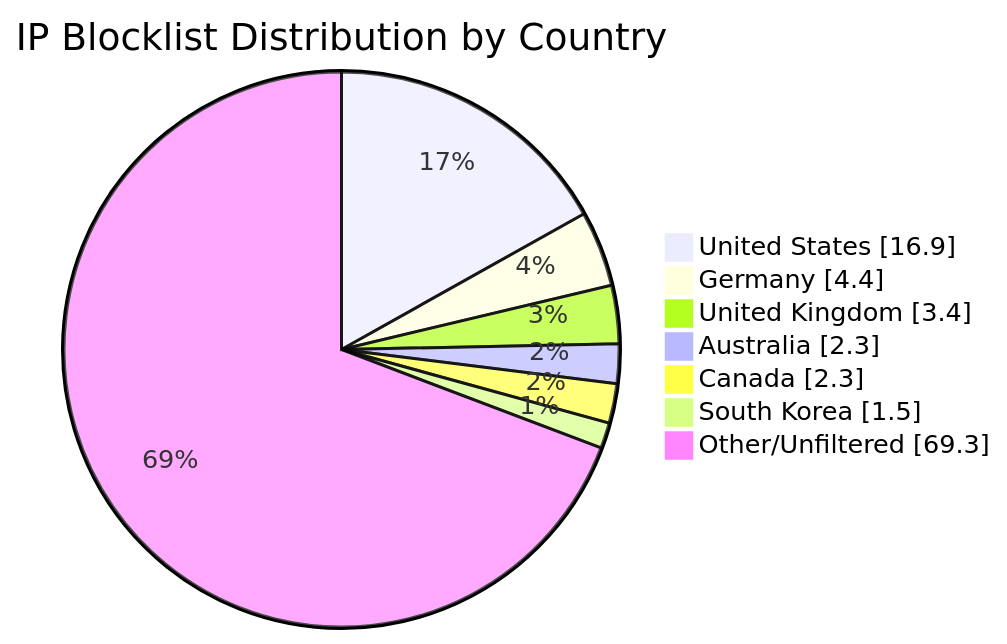
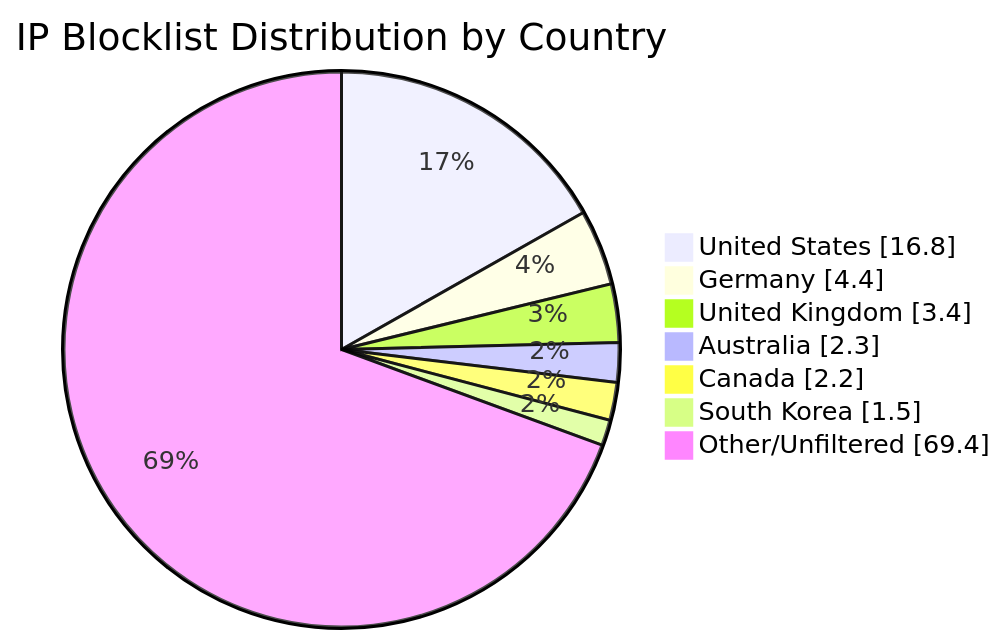
One commit to MarcusHoltz/ipblocklist-geofiltered-aggregator changed the diagram in README.md. Above: the diagram before and after it, drawn with Mermaid. The commit also changed other lines of this file and 9 other files, not shown here.

````diff
--- a/README.md
+++ b/README.md
@@ -34,10 +34,10 @@
 ```mermaid
 pie showData title IP Blocklist Distribution by Country
-"United States" : 16.9
+"United States" : 16.8
 "Germany" : 4.4
 "United Kingdom" : 3.4
 "Australia" : 2.3
-"Canada" : 2.3
+"Canada" : 2.2
 "South Korea" : 1.5
-"Other/Unfiltered" : 69.3
+"Other/Unfiltered" : 69.4
 ```
````
